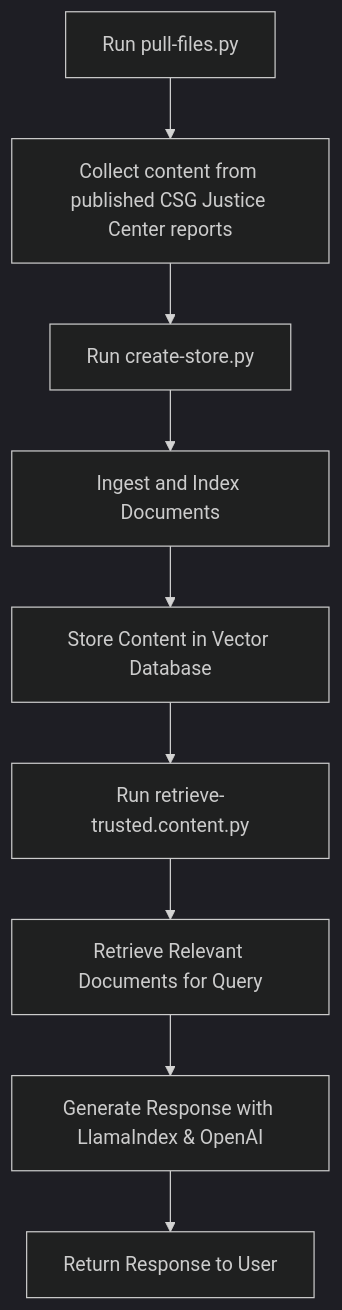
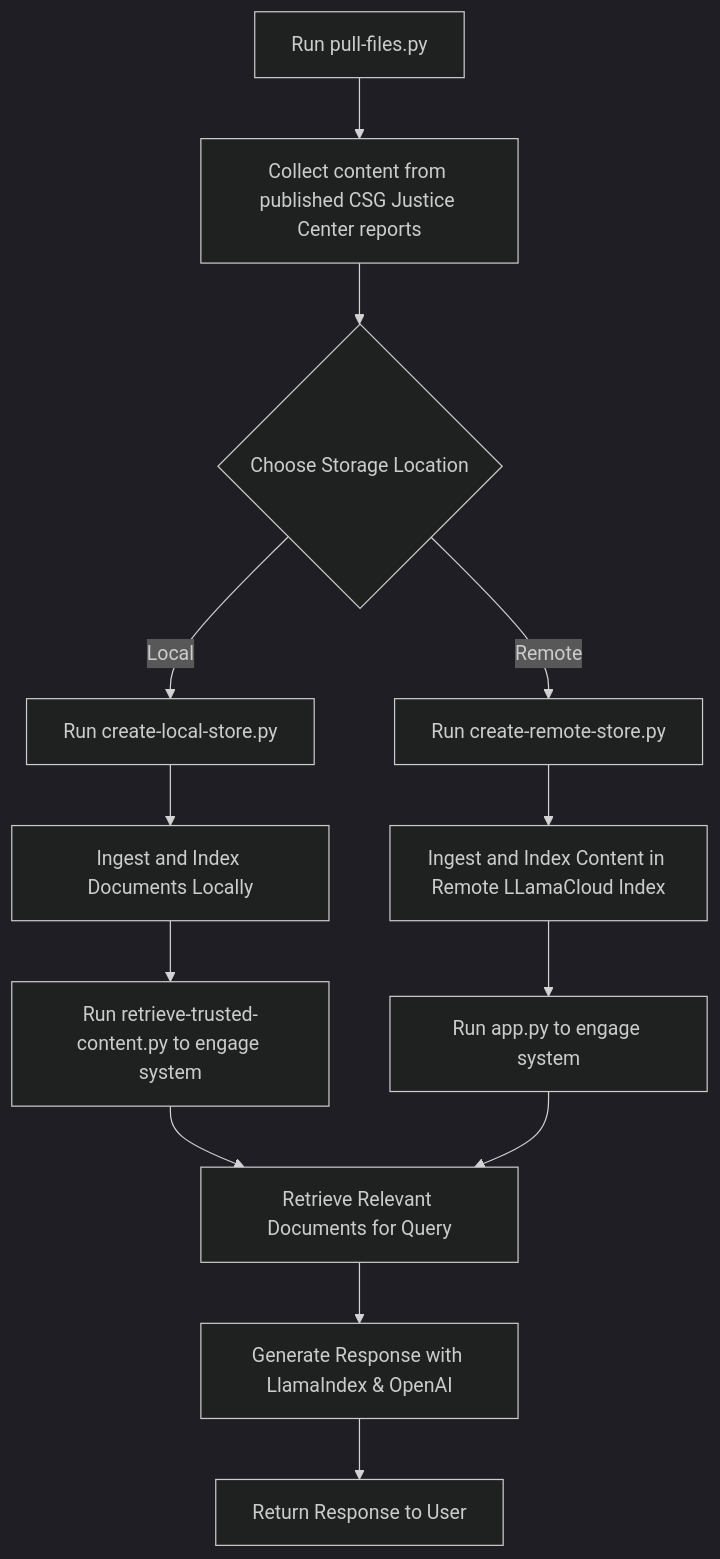
Before and after one commit to cllghn/csg-docs-llm: the diagram in README.md, drawn with Mermaid (dark theme). The commit also changed other lines of this file and 23 other files, not shown here.

````diff
--- a/README.md
+++ b/README.md
@@ -8,11 +8,20 @@
 ```mermaid
 flowchart TD
     A[Run pull-files.py] --> B[Collect content from published CSG Justice Center reports]
-    B --> C[Run create-store.py]
-    C --> D[Ingest and Index Documents]
-    D --> E[Store Content in Vector Database]
-    E --> F[Run retrieve-trusted.content.py]
-    F --> G[Retrieve Relevant Documents for Query]
-    G --> H[Generate Response with LlamaIndex & OpenAI]
-    H --> I[Return Response to User]
+    B --> C{Choose Storage Location}
+
+    C -->|Local| D[Run create-local-store.py]
+    D --> F[Ingest and Index Documents Locally]
+    F --> H[Run retrieve-trusted-content.py to engage system]
+    H --> K[Retrieve Relevant Documents for Query]
+
+    C -->|Remote| G[Run create-remote-store.py]
+    G --> I[Ingest and Index Content in Remote LLamaCloud Index]
+    I --> J[Run app.py to engage system]
+    J --> K[Retrieve Relevant Documents for Query]
+
+
+
+    K --> L[Generate Response with LlamaIndex & OpenAI]
+    L --> M[Return Response to User]
 ```
````
